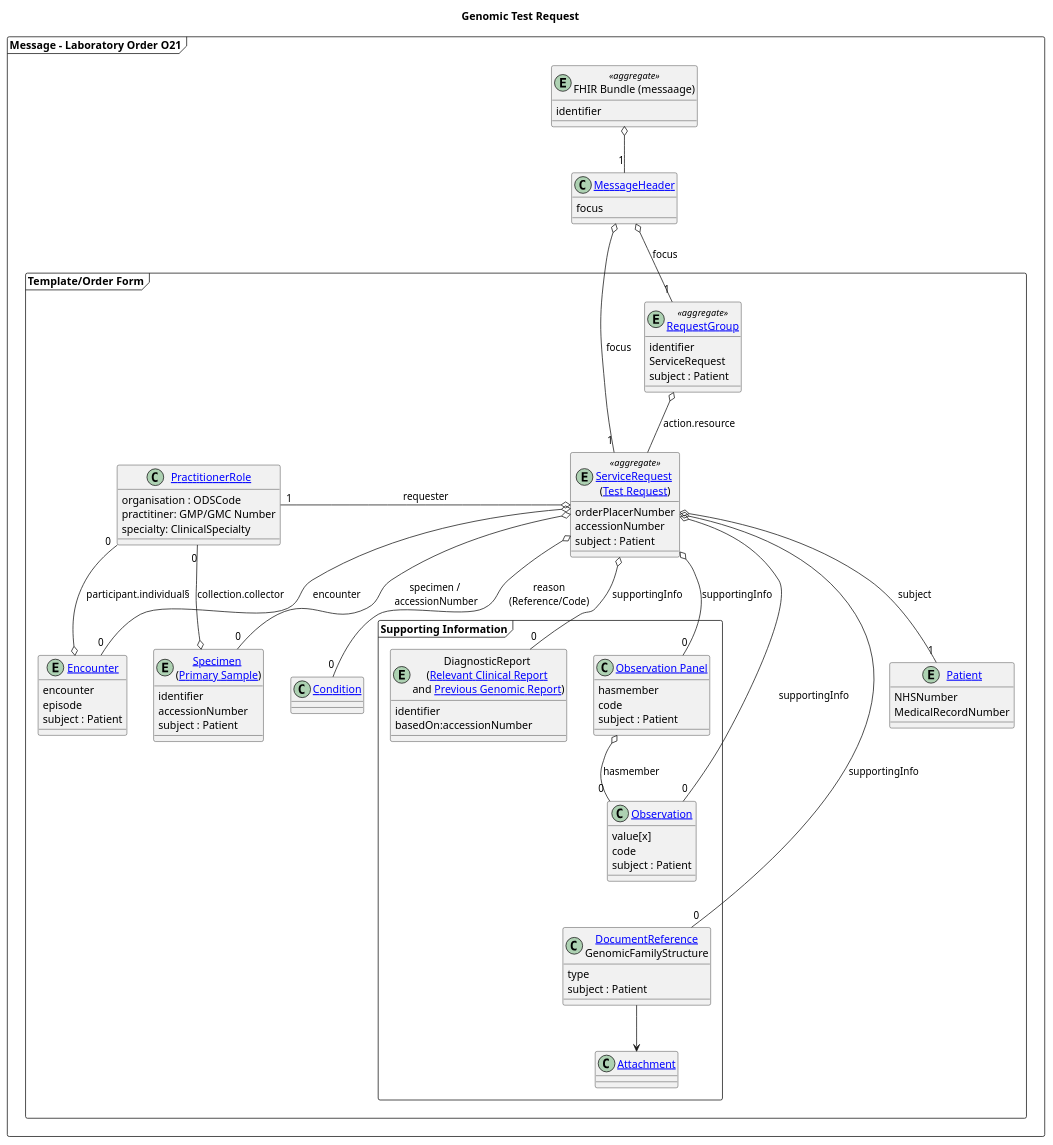
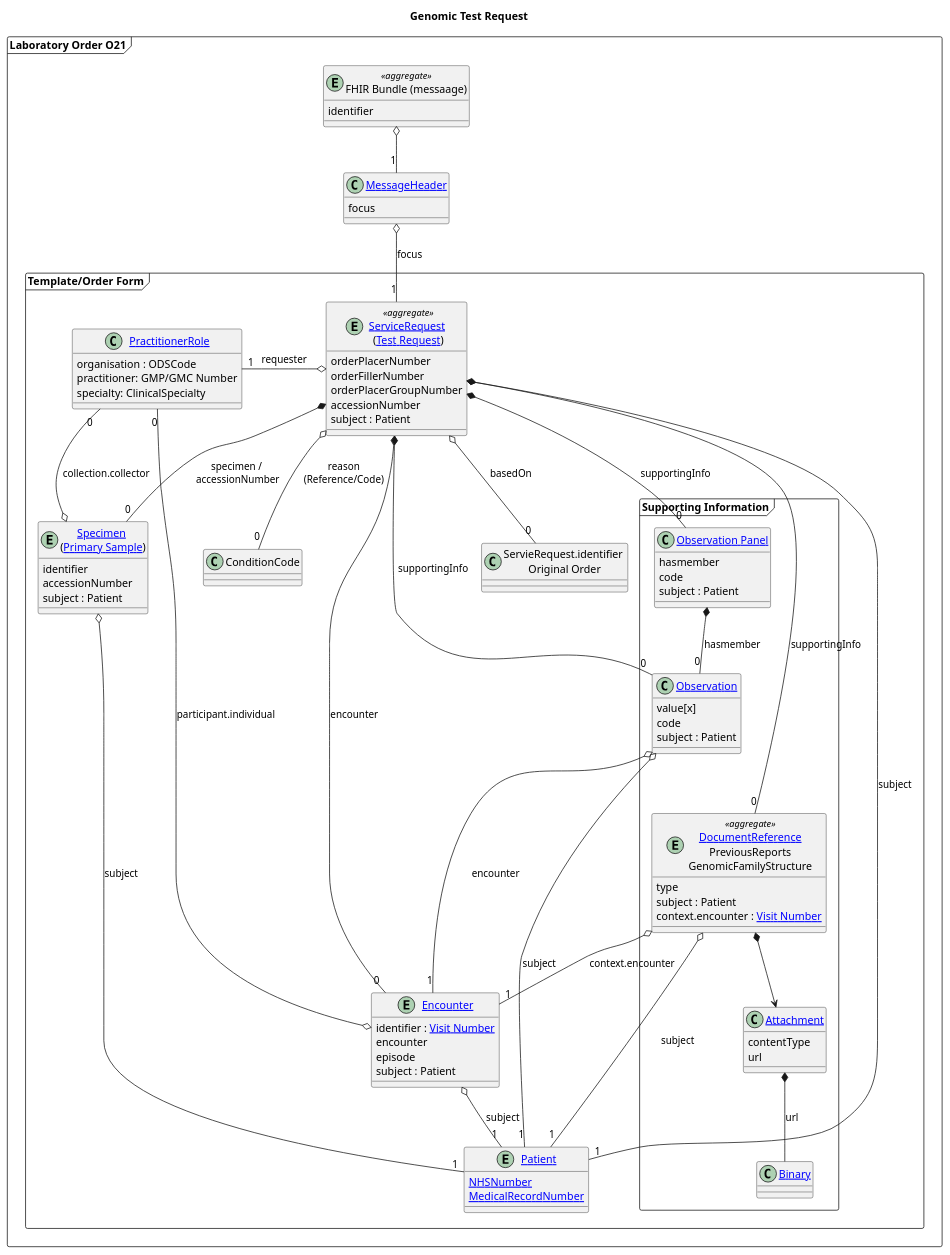
The diagram in input/images-source/orders-model.plantuml (nw-gmsa/nw-gmsa.github.com), drawn with PlantUML before and after one commit. The commit also changed 2 other files, not shown here.

Commit message:
Added BPMN diagrams for use cases

```diff
--- a/input/images-source/orders-model.plantuml
+++ b/input/images-source/orders-model.plantuml
@@ -1,110 +1,122 @@
   @startuml
 
   skinparam svgDimensionStyle false
 
   title "Genomic Test Request"
 
-  frame "Message - Laboratory Order O21" as Message {
+  frame "Laboratory Order O21" as Message {
   entity "FHIR Bundle (messaage)" as oml <<aggregate>> {
   identifier
   }
 
   class "[[StructureDefinition-MessageHeader.html MessageHeader]]" as MSH {
    focus
   }
 
     frame "Template/Order Form" as Composition {
       entity "[[StructureDefinition-Patient.html Patient]]" as PID {
-      NHSNumber
-      MedicalRecordNumber
+      [[StructureDefinition-NHSNumber.html NHSNumber]]
+      [[StructureDefinition-MedicalRecordNumber.html MedicalRecordNumber]]
       }
 
       entity "[[StructureDefinition-Encounter.html Encounter]]" as PV1 {
+      identifier : [[StructureDefinition-VisitNumber.html Visit Number]]
       encounter
       episode
       subject : Patient
       }
 
-      entity "[[StructureDefinition-RequestGroup.html RequestGroup]]" as RequestGroup <<aggregate>> {
-      identifier
-      ServiceRequest
-      subject : Patient
-      }
 
       entity "[[StructureDefinition-ServiceRequest.html ServiceRequest]] \n([[https://simplifier.net/guide/fhir-genomics-implementation-guide/Home/Design/Clinicalheadings#Test-Request Test Request]])" as ORC <<aggregate>> {
       orderPlacerNumber
+      orderFillerNumber
+      orderPlacerGroupNumber
       accessionNumber
       subject : Patient
       }
 
       entity "[[StructureDefinition-Specimen.html Specimen]] \n([[https://simplifier.net/guide/fhir-genomics-implementation-guide/Home/Design/Clinicalheadings#Primary-Sample Primary Sample]])" as SPM {
       identifier
       accessionNumber
       subject : Patient
       }
 
-      class "[[StructureDefinition-Condition.html Condition]]" as DG1
+      class "ConditionCode" as DG1
 
       class "[[StructureDefinition-PractitionerRole.html PractitionerRole]]" as STF {
        organisation : ODSCode
-       practitiner: GMP/GMC Number
+       practitioner: GMP/GMC Number
        specialty: ClinicalSpecialty
       }
 
+      class "ServieRequest.identifier \nOriginal Order" as previous {
+
+      }
+
+
       frame "Supporting Information" as supportingInfo {
 
-      entity "DiagnosticReport \n([[https://simplifier.net/guide/fhir-genomics-implementation-guide/Home/Design/Clinicalheadings#Relevant-Clinical-Report Relevant Clinical Report]] \nand [[https://simplifier.net/guide/fhir-genomics-implementation-guide/Home/Design/Clinicalheadings#Previous-Genomic-Report Previous Genomic Report]])" as OBX {
-        identifier
-        basedOn:accessionNumber
-      }
 
 
         class "[[StructureDefinition-Observation.html Observation]]" as OBX1 {
         value[x]
         code
         subject : Patient
         }
 
 
         class "[[StructureDefinition-Observation-Panel.html Observation Panel]]" as panel {
         hasmember
         code
         subject : Patient
         }
 
-        class "[[StructureDefinition-DocumentReference.html DocumentReference]]\nGenomicFamilyStructure" as family {
+        entity "[[StructureDefinition-DocumentReference.html DocumentReference]]\nPreviousReports\nGenomicFamilyStructure" as documentReference <<aggregate>> {
            type
            subject : Patient
+           context.encounter : [[StructureDefinition-VisitNumber.html Visit Number]]
         }
 
-        class "[[StructureDefinition-Attachment.html Attachment]]" as OBX2
+        class "[[StructureDefinition-Attachment.html Attachment]]" as attachment {
+         contentType
+          url
+        }
+
+        class "[[StructureDefinition-Binary.html Binary]]" as binary
 
       }
 
-      family -d-> OBX2
+      documentReference *-d-> attachment
 
-      panel o-d- "0" OBX1: hasmember
+      attachment *-- binary : url
 
-      OBX1 -d[hidden]- family
+      panel *-d- "0" OBX1: hasmember
+
+      OBX1 -d[hidden]- documentReference
 
    }
   }
 
   oml o-d- "1" MSH
   MSH o-d- "1" ORC: focus
-  MSH o-d- "1" RequestGroup: focus
-  RequestGroup o-d- ORC: action.resource
-  ORC o-- "0" SPM : specimen /\n accessionNumber
+  ORC *-- "0" SPM : specimen /\n accessionNumber
   ORC o-- "1" PID : subject
   ORC o-- "0" PV1 : encounter
   ORC o-- "0" DG1 : reason\n(Reference/Code)
-  ORC o-- "0" OBX: supportingInfo
-  ORC o-- "0" OBX1: supportingInfo
-  ORC o-- "0" panel: supportingInfo
-  ORC o-- "0" family: supportingInfo
+  ORC o-- "0" previous: basedOn
+  ORC *-- "0" OBX1: supportingInfo
+  ORC *-- "0" panel: supportingInfo
+  ORC *-- "0" documentReference: supportingInfo
   ORC o-l- "1" STF: requester
   SPM o-u- "0" STF: collection.collector
-  PV1 o-u- "0" STF: participant.individual§
+  PV1 o-u- "0" STF: participant.individual
+  PV1 o-- "1" PID : subject
+  SPM o-- "1" PID : subject
+  documentReference o-- "1" PID : subject
+  OBX1 o-- "1" PID : subject
 
+  documentReference o-- "1" PV1 : context.encounter
+
+  OBX1 o-- "1" PV1 : encounter
 
   @enduml
```
